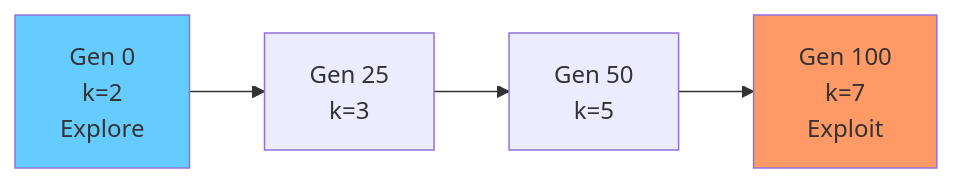
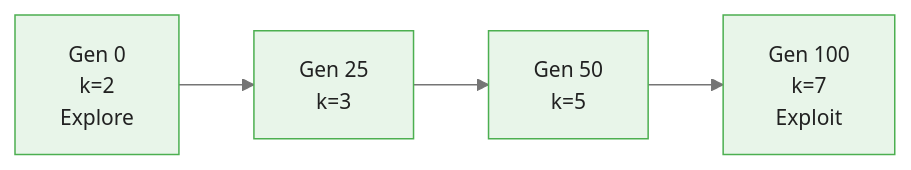
One commit to m-deane/course-creator changed the second of 4 diagrams in courses/genetic-algorithms-feature-selection/modules/module_01_ga_fundamentals/guides/02_selection_slides.md. Above: the diagram before and after it, drawn with Mermaid. The commit also changed other lines of this file and 52 other files, not shown here.

````diff
--- a/courses/genetic-algorithms-feature-selection/modules/module_01_ga_fundamentals/guides/02_selection_slides.md
+++ b/courses/genetic-algorithms-feature-selection/modules/module_01_ga_fundamentals/guides/02_selection_slides.md
@@ -123,6 +123,5 @@
 ```mermaid
+%%{init: {"theme": "base", "themeVariables": {"primaryColor": "#e8f5e9", "primaryBorderColor": "#4caf50", "primaryTextColor": "#212121", "secondaryColor": "#e3f2fd", "tertiaryColor": "#fff8e1", "lineColor": "#757575", "fontFamily": "Inter, sans-serif", "fontSize": "14px"}}}%%
 flowchart LR
     A["Gen 0<br/>k=2<br/>Explore"] --> B["Gen 25<br/>k=3"] --> C["Gen 50<br/>k=5"] --> D["Gen 100<br/>k=7<br/>Exploit"]
-    style A fill:#6cf
-    style D fill:#f96
 ```
````
